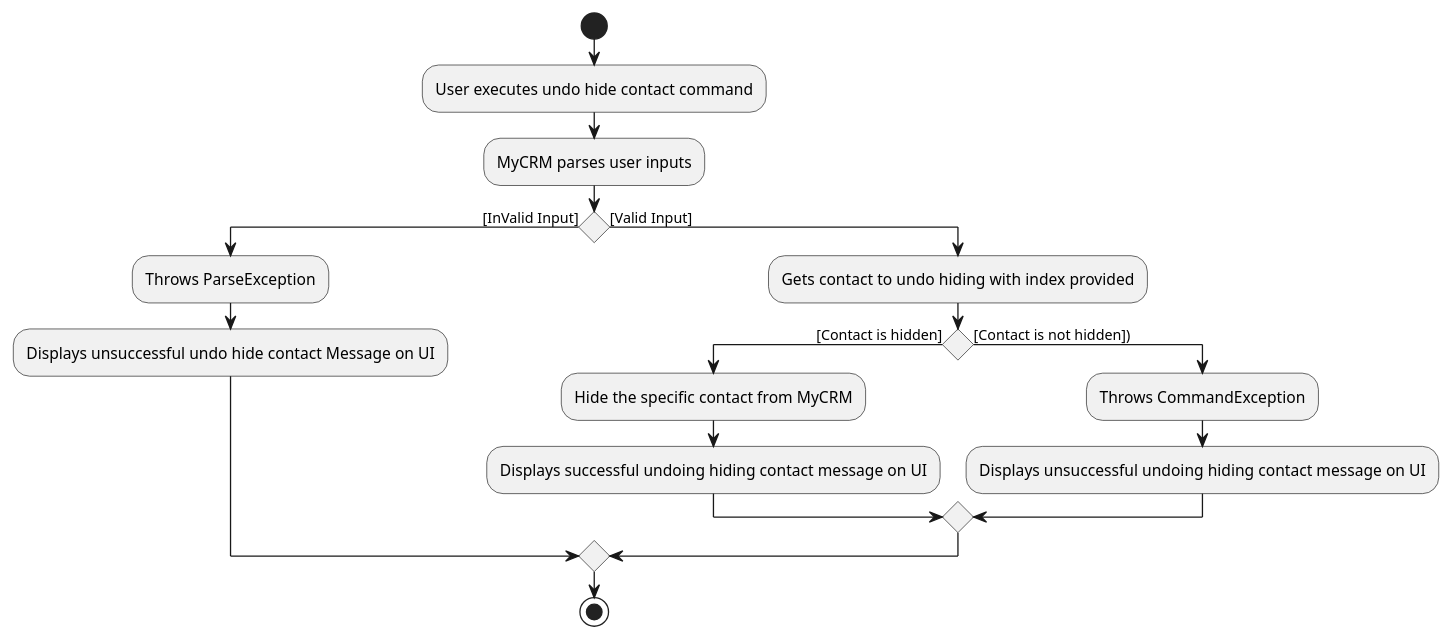
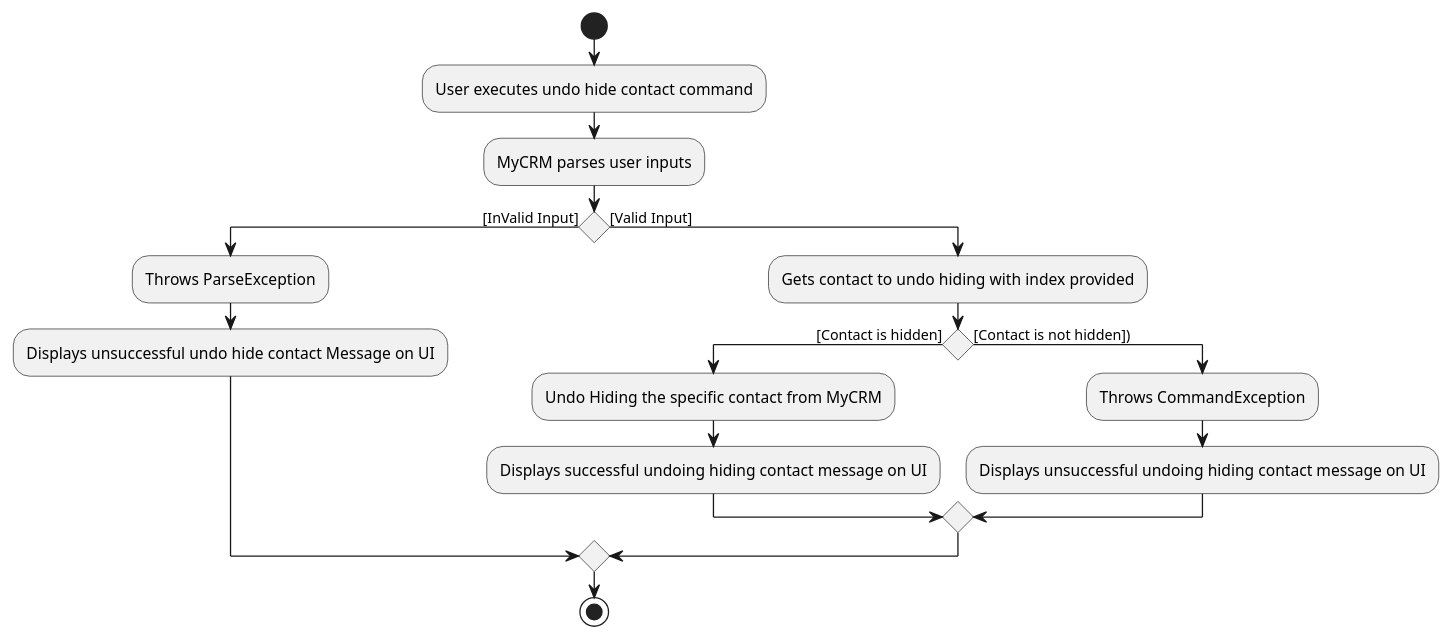
One commit to ooawagaeri/tp changed the diagram in docs/diagrams/contact/UndoHideContactActivityDiagram.puml. Above: the diagram before and after it, drawn with PlantUML. The commit also changed 9 other files, not shown here.

Commit message:
Fix diagrams png issues

```diff
--- a/docs/diagrams/contact/UndoHideContactActivityDiagram.puml
+++ b/docs/diagrams/contact/UndoHideContactActivityDiagram.puml
@@ -1,19 +1,19 @@
 @startuml
 start
 :User executes undo hide contact command;
 :MyCRM parses user inputs;
 if () then ([InValid Input])
     :Throws ParseException;
     :Displays unsuccessful undo hide contact Message on UI;
 else ([Valid Input])
 :Gets contact to undo hiding with index provided;
 if () then ([Contact is hidden])
-:Hide the specific contact from MyCRM;
+:Undo Hiding the specific contact from MyCRM;
 :Displays successful undoing hiding contact message on UI;
 else ([Contact is not hidden]))
 :Throws CommandException;
 :Displays unsuccessful undoing hiding contact message on UI;
 endif
 endif
 stop
 @enduml
```
